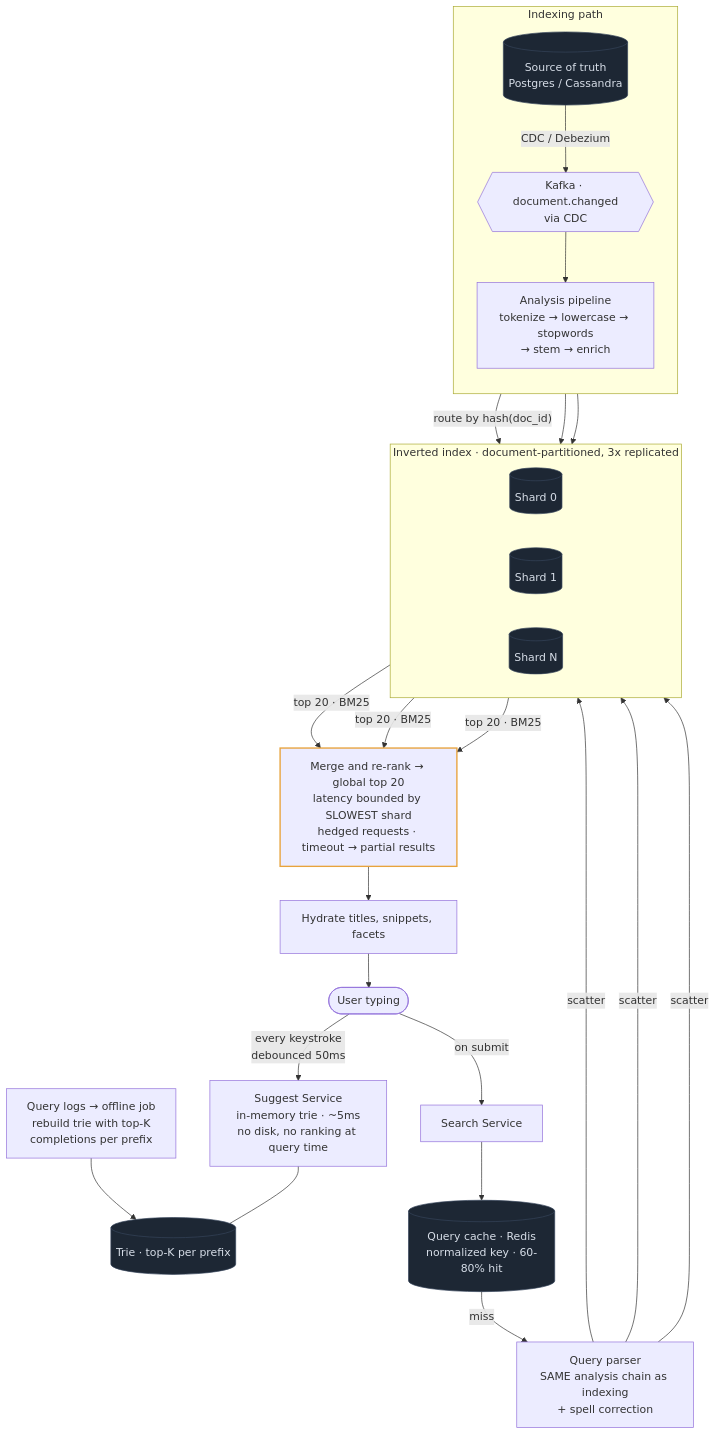
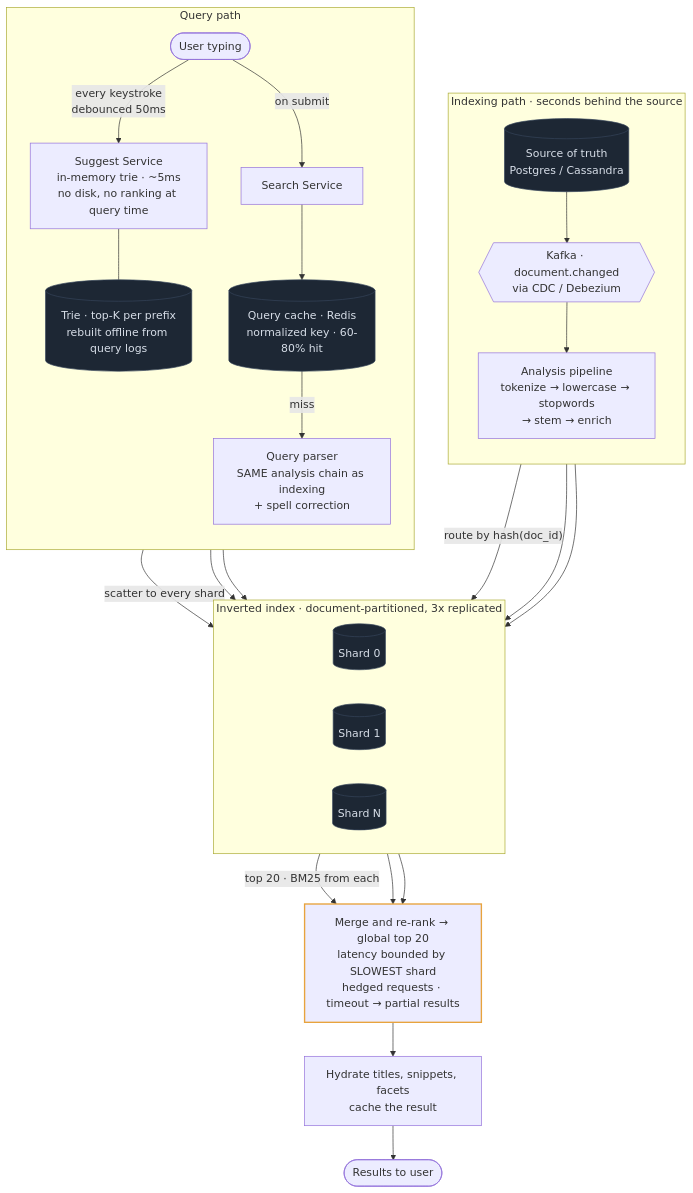
One commit to mertkahyaoglu/atlas changed the diagram in content/designs/06-search-typeahead.md. Above: the diagram before and after it, drawn with Mermaid. The commit also changed other lines of this file and 27 other files, not shown here.

First line of the commit message:
Diagram tooltips, design frontmatter panels, clearer architecture diagrams

````diff
--- a/content/designs/06-search-typeahead.md
+++ b/content/designs/06-search-typeahead.md
@@ -71,50 +117,51 @@
 ```mermaid
 flowchart TB
-    subgraph ING ["Indexing path"]
+    subgraph ING ["Indexing path · seconds behind the source"]
         direction TB
         Truth[("Source of truth<br/>Postgres / Cassandra")]
-        CDC{{"Kafka · document.changed<br/>via CDC"}}
+        CDC{{"Kafka · document.changed<br/>via CDC / Debezium"}}
         Pipe["Analysis pipeline<br/>tokenize → lowercase → stopwords<br/>→ stem → enrich"]
-        Truth -- "CDC / Debezium" --> CDC --> Pipe
+        Truth --> CDC --> Pipe
+    end
+
+    subgraph QUERY ["Query path"]
+        direction TB
+        User([User typing])
+        Suggest["Suggest Service<br/>in-memory trie · ~5ms<br/>no disk, no ranking at query time"]
+        Trie[("Trie · top-K per prefix<br/>rebuilt offline from query logs")]
+        Search[Search Service]
+        QCache[("Query cache · Redis<br/>normalized key · 60-80% hit")]
+        Parser["Query parser<br/>SAME analysis chain as indexing<br/>+ spell correction"]
+        User -- "every keystroke<br/>debounced 50ms" --> Suggest
+        Suggest --- Trie
+        User -- "on submit" --> Search
+        Search --> QCache
+        QCache -- "miss" --> Parser
     end
 
     subgraph SHARDS ["Inverted index · document-partitioned, 3x replicated"]
         direction LR
         S0[("Shard 0")]
         S1[("Shard 1")]
         S2[("Shard N")]
     end
+    Pipe -- "route by hash(doc_id)" --> S0
+    Pipe --> S1 & S2
+    Parser -- "scatter to every shard" --> S0
+    Parser --> S1 & S2
 
-    Pipe -- "route by hash(doc_id)" --> S0
-    Pipe --> S1
-    Pipe --> S2
-
-    Logs["Query logs → offline job<br/>rebuild trie with top-K<br/>completions per prefix"] --> Trie
-
-    User([User typing]) -- "every keystroke<br/>debounced 50ms" --> Suggest
-    User -- "on submit" --> Search
-
-    Suggest["Suggest Service<br/>in-memory trie · ~5ms<br/>no disk, no ranking at query time"]
-    Trie[("Trie · top-K per prefix")]
-    Suggest --- Trie
-
-    Search[Search Service] --> QCache[("Query cache · Redis<br/>normalized key · 60-80% hit")]
-    QCache -- "miss" --> Parser["Query parser<br/>SAME analysis chain as indexing<br/>+ spell correction"]
-
-    Parser -- "scatter" --> S0
-    Parser -- "scatter" --> S1
-    Parser -- "scatter" --> S2
-
-    S0 -- "top 20 · BM25" --> Gather
-    S1 -- "top 20 · BM25" --> Gather
-    S2 -- "top 20 · BM25" --> Gather
-
+    S0 -- "top 20 · BM25 from each" --> Gather
+    S1 & S2 --> Gather
     Gather["Merge and re-rank → global top 20<br/>latency bounded by SLOWEST shard<br/>hedged requests · timeout → partial results"]
-    Gather --> Hydrate["Hydrate titles, snippets, facets"]
-    Hydrate --> User
+    Gather --> Hydrate["Hydrate titles, snippets, facets<br/>cache the result"]
+    Hydrate --> Results([Results to user])
 
     classDef store fill:#1d2734,stroke:#35455a,color:#d7dee8
     classDef hot stroke:#e8a33d,stroke-width:2px
     class Truth,S0,S1,S2,Trie,QCache store
     class Gather hot
+
+    click Truth href "/docs/02-data-storage" "Role: the authoritative data that the search index is derived from.<br/>Trade-off: the index can always be rebuilt, but is never guaranteed current."
+    click CDC href "/docs/05-async-messaging-and-event-driven" "Role: streams database changes to indexing without dual writes.<br/>Trade-off: seconds of indexing lag, so results can miss the latest edits."
+    click QCache href "/docs/04-caching" "Role: serves the repeated queries that dominate traffic straight from memory.<br/>Trade-off: results can be stale for the TTL, and personalized queries cache poorly."
 ```
````
